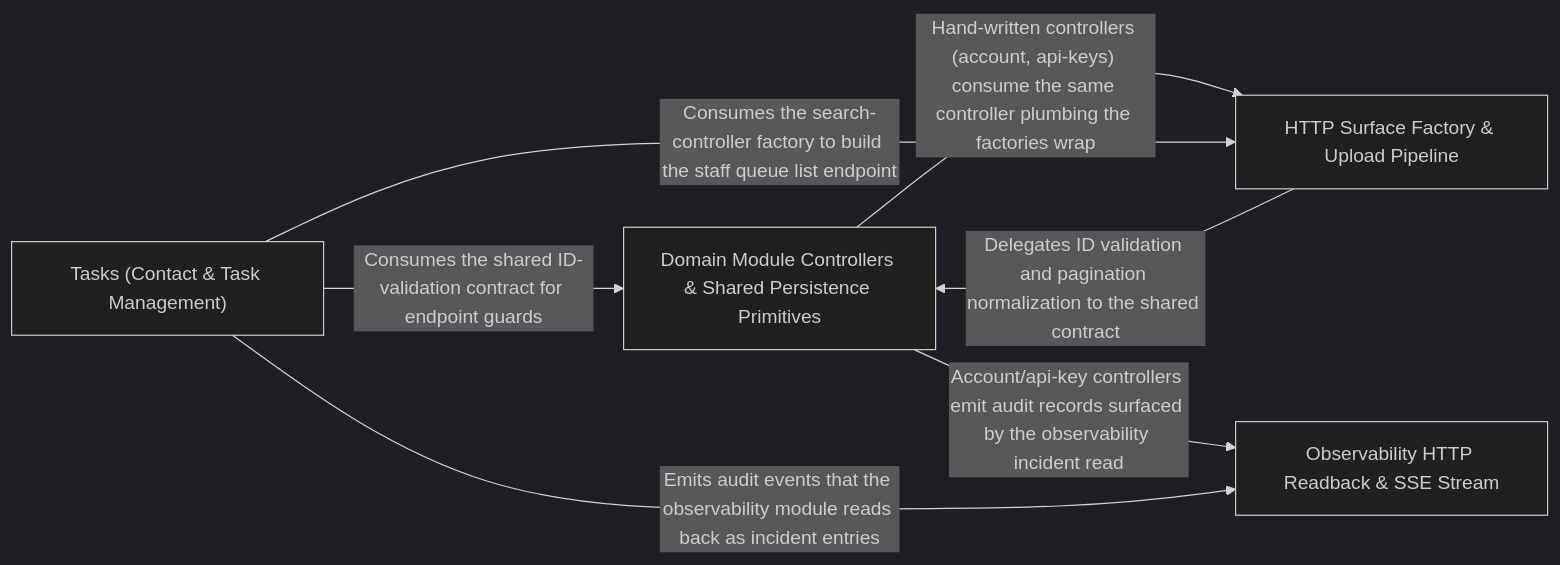
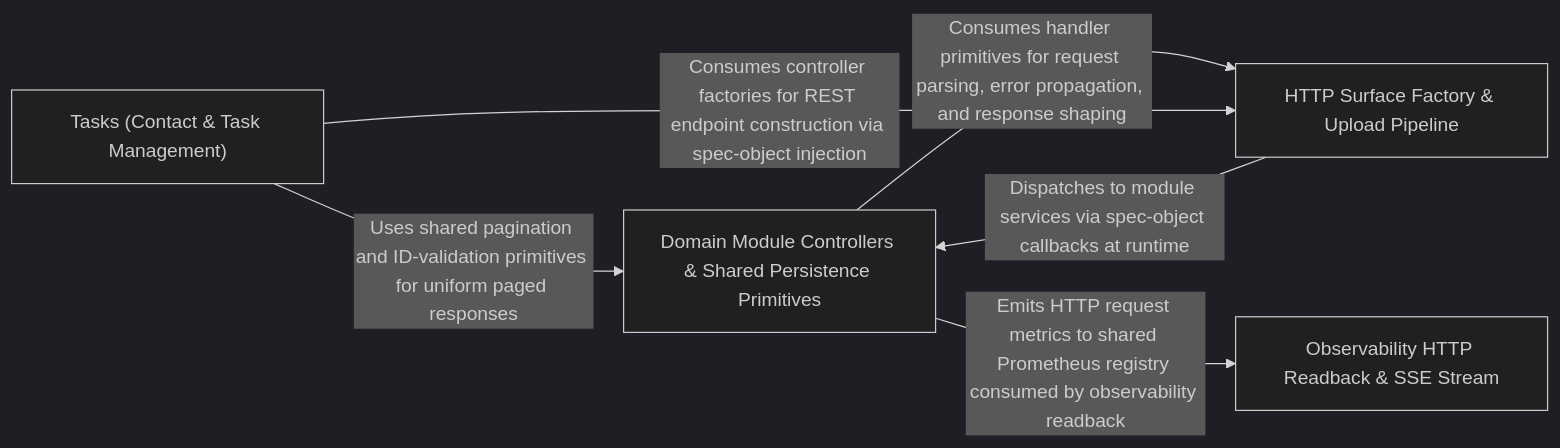
One commit to Guebbit/boilerplate-node-backend changed the diagram in .2brain/arch/HTTP_Surface_Factory_Pagination_Primitives.md. Above: the diagram before and after it, drawn with Mermaid (dark theme). The commit also changed other lines of this file and 1102 other files, not shown here.

````diff
--- a/.2brain/arch/HTTP_Surface_Factory_Pagination_Primitives.md
+++ b/.2brain/arch/HTTP_Surface_Factory_Pagination_Primitives.md
@@ -10,13 +10,12 @@
 ```mermaid
 graph LR
     Domain_Module_Controllers_Shared_Persistence_Primitives["Domain Module Controllers & Shared Persistence Primitives"]
     HTTP_Surface_Factory_Upload_Pipeline["HTTP Surface Factory & Upload Pipeline"]
     Observability_HTTP_Readback_SSE_Stream["Observability HTTP Readback & SSE Stream"]
     Tasks_Contact_Task_Management_["Tasks (Contact & Task Management)"]
-    Domain_Module_Controllers_Shared_Persistence_Primitives -- "Hand-written controllers (account, api-keys) consume the same controller plumbing the factories wrap" --> HTTP_Surface_Factory_Upload_Pipeline
-    Domain_Module_Controllers_Shared_Persistence_Primitives -- "Account/api-key controllers emit audit records surfaced by the observability incident read" --> Observability_HTTP_Readback_SSE_Stream
-    HTTP_Surface_Factory_Upload_Pipeline -- "Delegates ID validation and pagination normalization to the shared contract" --> Domain_Module_Controllers_Shared_Persistence_Primitives
-    Tasks_Contact_Task_Management_ -- "Consumes the shared ID-validation contract for endpoint guards" --> Domain_Module_Controllers_Shared_Persistence_Primitives
-    Tasks_Contact_Task_Management_ -- "Consumes the search-controller factory to build the staff queue list endpoint" --> HTTP_Surface_Factory_Upload_Pipeline
-    Tasks_Contact_Task_Management_ -- "Emits audit events that the observability module reads back as incident entries" --> Observability_HTTP_Readback_SSE_Stream
+    Domain_Module_Controllers_Shared_Persistence_Primitives -- "Consumes handler primitives for request parsing, error propagation, and response shaping" --> HTTP_Surface_Factory_Upload_Pipeline
+    Domain_Module_Controllers_Shared_Persistence_Primitives -- "Emits HTTP request metrics to shared Prometheus registry consumed by observability readback" --> Observability_HTTP_Readback_SSE_Stream
+    HTTP_Surface_Factory_Upload_Pipeline -- "Dispatches to module services via spec-object callbacks at runtime" --> Domain_Module_Controllers_Shared_Persistence_Primitives
+    Tasks_Contact_Task_Management_ -- "Uses shared pagination and ID-validation primitives for uniform paged responses" --> Domain_Module_Controllers_Shared_Persistence_Primitives
+    Tasks_Contact_Task_Management_ -- "Consumes controller factories for REST endpoint construction via spec-object injection" --> HTTP_Surface_Factory_Upload_Pipeline
 ```
````
